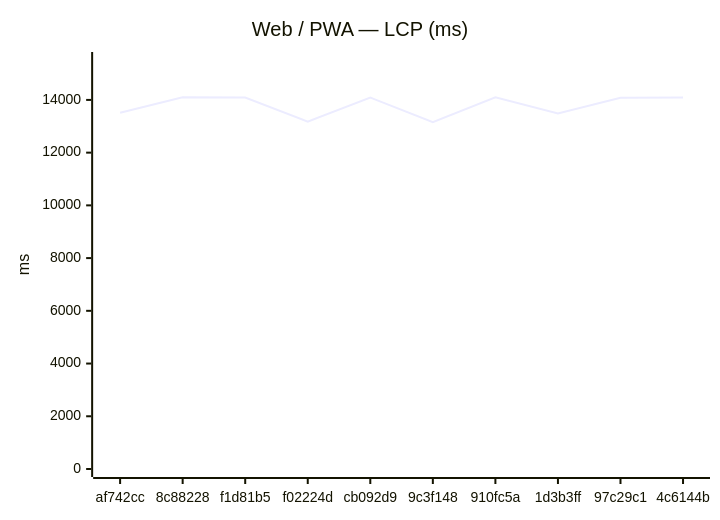
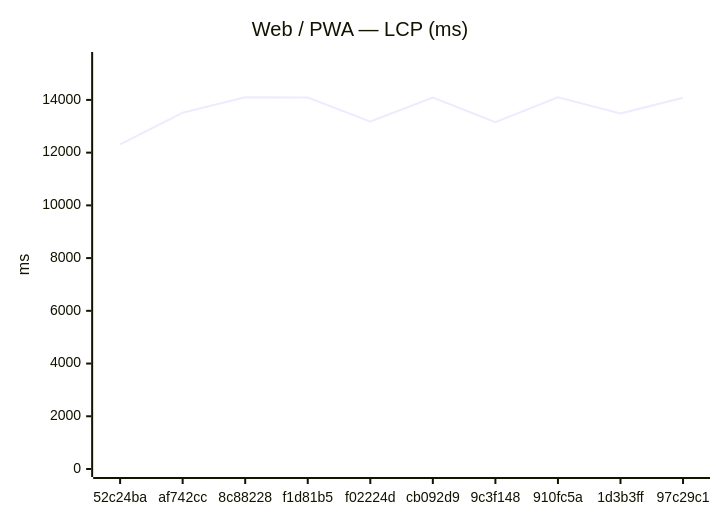
One commit to Metaheurist/Rianell changed the first of 18 diagrams in benchmarks/compare.md. Above: the diagram before and after it, drawn with Mermaid. The commit also changed other lines of this file and 11 other files, not shown here.

````diff
--- a/benchmarks/compare.md
+++ b/benchmarks/compare.md
@@ -24,7 +24,7 @@
 ```mermaid
 xychart-beta
     title "Web / PWA — LCP (ms)"
-    x-axis ["af742cc", "8c88228", "f1d81b5", "f02224d", "cb092d9", "9c3f148", "910fc5a", "1d3b3ff", "97c29c1", "4c6144b"]
+    x-axis ["52c24ba", "af742cc", "8c88228", "f1d81b5", "f02224d", "cb092d9", "9c3f148", "910fc5a", "1d3b3ff", "97c29c1"]
     y-axis "ms" 0 --> 15514
-    line [13514, 14099, 14091, 13178, 14089, 13157, 14103, 13484, 14084, 14094]
+    line [12311, 13514, 14099, 14091, 13178, 14089, 13157, 14103, 13484, 14084]
 ```
````
